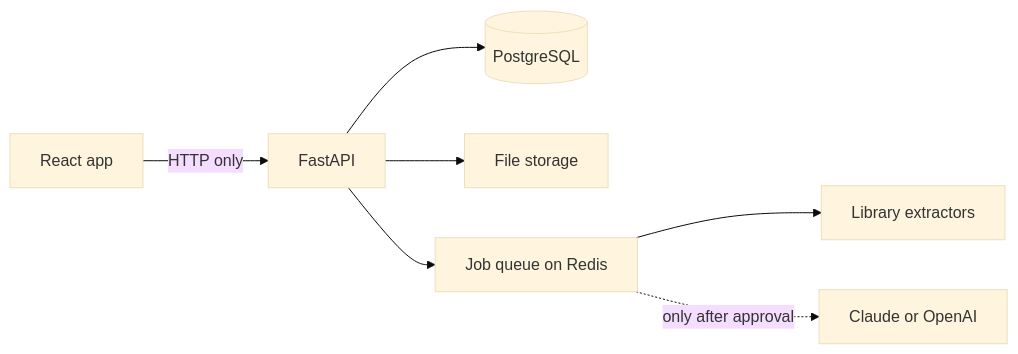
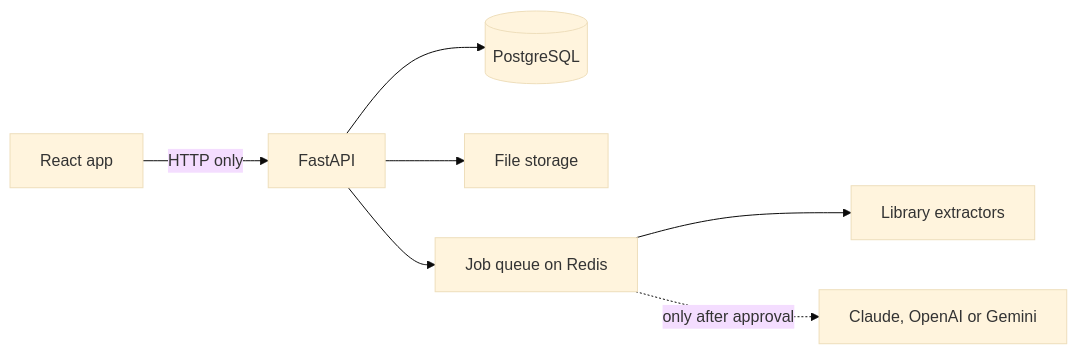
One commit to manasrai1406/parchi changed the diagram in README.md. Above: the diagram before and after it, drawn with Mermaid (base theme). The commit also changed other lines of this file and 18 other files, not shown here.

````diff
--- a/README.md
+++ b/README.md
@@ -69,9 +69,9 @@
 ```mermaid
 flowchart LR
   UI[React app] -->|HTTP only| API[FastAPI]
   API --> DB[(PostgreSQL)]
   API --> FS[File storage]
   API --> Q[Job queue on Redis]
   Q --> EX[Library extractors]
-  Q -. only after approval .-> AI[Claude or OpenAI]
+  Q -. only after approval .-> AI[Claude, OpenAI or Gemini]
 ```
````
